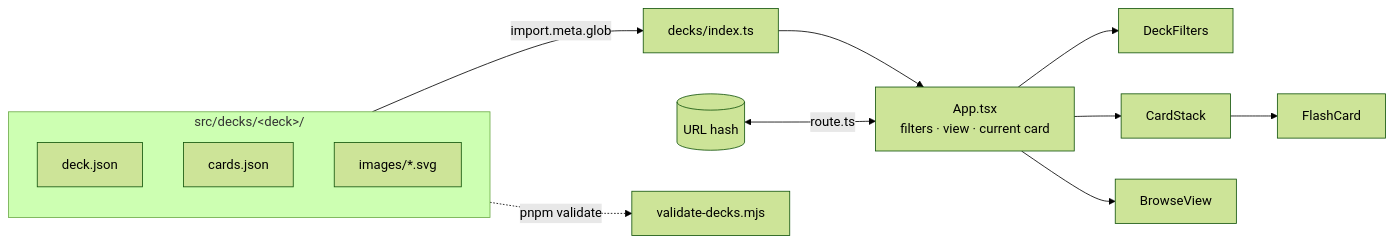
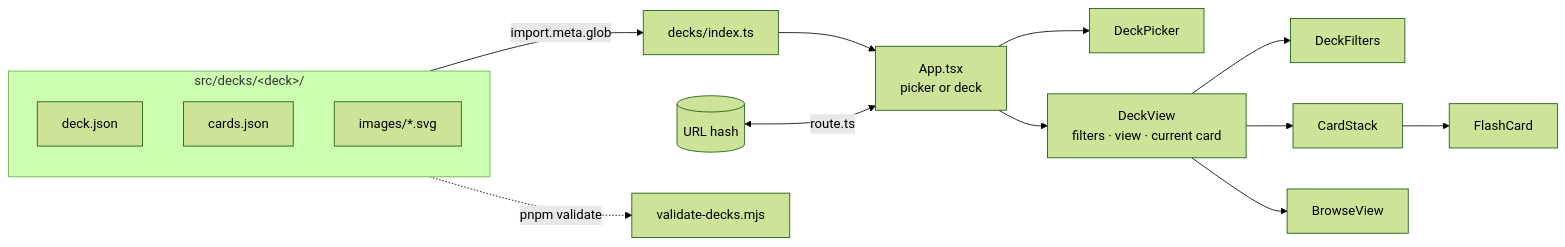
Before and after one commit to pearpages/flashcards: the diagram in architecture.md, drawn with Mermaid (forest theme). The commit also changed other lines of this file and 11 other files, not shown here.

Commit message:
add deck picker home screen with back navigation

````diff
--- a/architecture.md
+++ b/architecture.md
@@ -33,13 +36,15 @@
 ```mermaid
 flowchart LR
   subgraph data["src/decks/&lt;deck&gt;/"]
     deck[deck.json] ; cards[cards.json] ; imgs[images/*.svg]
   end
   data -->|import.meta.glob| loader[decks/index.ts]
-  loader --> app[App.tsx<br/>filters · view · current card]
+  loader --> app[App.tsx<br/>picker or deck]
   hash[(URL hash)] <-->|route.ts| app
-  app --> filters[DeckFilters]
-  app --> stack[CardStack] --> card[FlashCard]
-  app --> browse[BrowseView]
+  app --> picker[DeckPicker]
+  app --> view[DeckView<br/>filters · view · current card]
+  view --> filters[DeckFilters]
+  view --> stack[CardStack] --> card[FlashCard]
+  view --> browse[BrowseView]
   data -.->|pnpm validate| validator[validate-decks.mjs]
 ```
````
